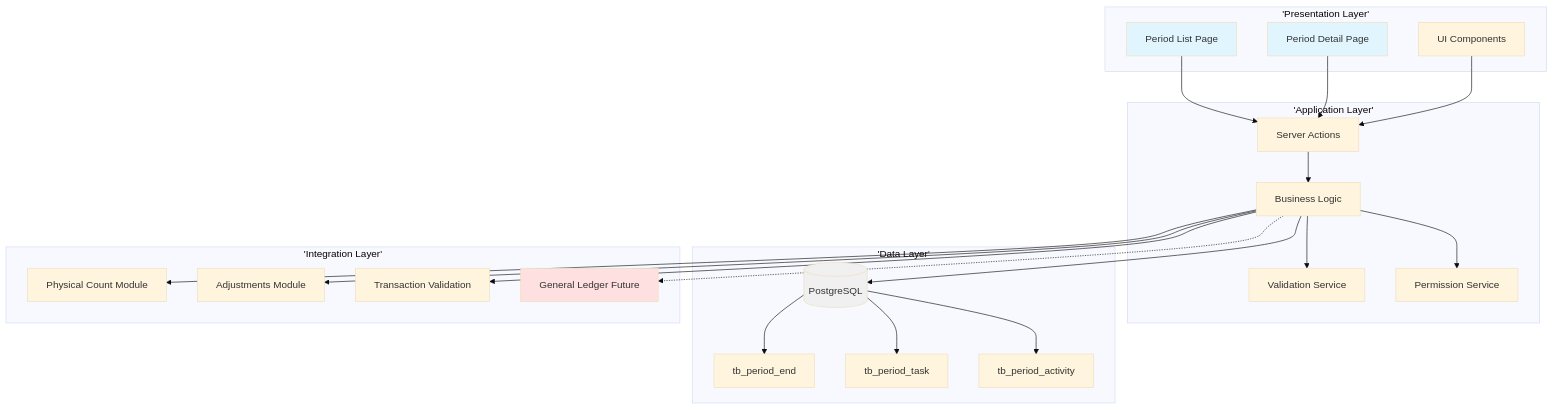
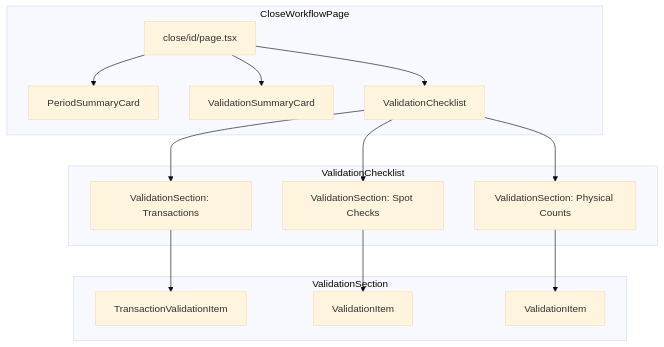
One commit to PeakMNA/carmen changed the fifth of 10 diagrams in docs/app/inventory-management/period-end/FD-period-end.md. Above: the diagram before and after it, drawn with Mermaid (base theme). The commit also changed other lines of this file and 473 other files, not shown here.

````diff
--- a/docs/app/inventory-management/period-end/FD-period-end.md
+++ b/docs/app/inventory-management/period-end/FD-period-end.md
@@ -52,49 +162,21 @@
 ```mermaid
 graph TB
-    subgraph 'Presentation Layer'
-        PL[Period List Page]
-        PD[Period Detail Page]
-        UI[UI Components]
+    subgraph CloseWorkflowPage
+        PAGE[close/id/page.tsx]
+        PAGE --> PSC[PeriodSummaryCard]
+        PAGE --> VSC[ValidationSummaryCard]
+        PAGE --> VCL[ValidationChecklist]
     end
 
-    subgraph 'Application Layer'
-        SA[Server Actions]
-        BL[Business Logic]
-        VAL[Validation Service]
-        PERM[Permission Service]
+    subgraph ValidationChecklist
+        VCL --> VS1[ValidationSection: Transactions]
+        VCL --> VS2[ValidationSection: Spot Checks]
+        VCL --> VS3[ValidationSection: Physical Counts]
     end
 
-    subgraph 'Data Layer'
-        DB[(PostgreSQL)]
-        PE[tb_period_end]
-        PT[tb_period_task]
-        PA[tb_period_activity]
+    subgraph ValidationSection
+        VS1 --> TVI[TransactionValidationItem]
+        VS2 --> VI1[ValidationItem]
+        VS3 --> VI2[ValidationItem]
     end
-
-    subgraph 'Integration Layer'
-        PC[Physical Count Module]
-        ADJ[Adjustments Module]
-        TXN[Transaction Validation]
-        GL[General Ledger Future]
-    end
-
-    PL --> SA
-    PD --> SA
-    UI --> SA
-    SA --> BL
-    BL --> VAL
-    BL --> PERM
-    BL --> DB
-    DB --> PE
-    DB --> PT
-    DB --> PA
-    BL --> PC
-    BL --> ADJ
-    BL --> TXN
-    BL -.-> GL
-
-    style PL fill:#e1f5ff
-    style PD fill:#e1f5ff
-    style DB fill:#f0f0f0
-    style GL fill:#ffe0e0
 ```
````
